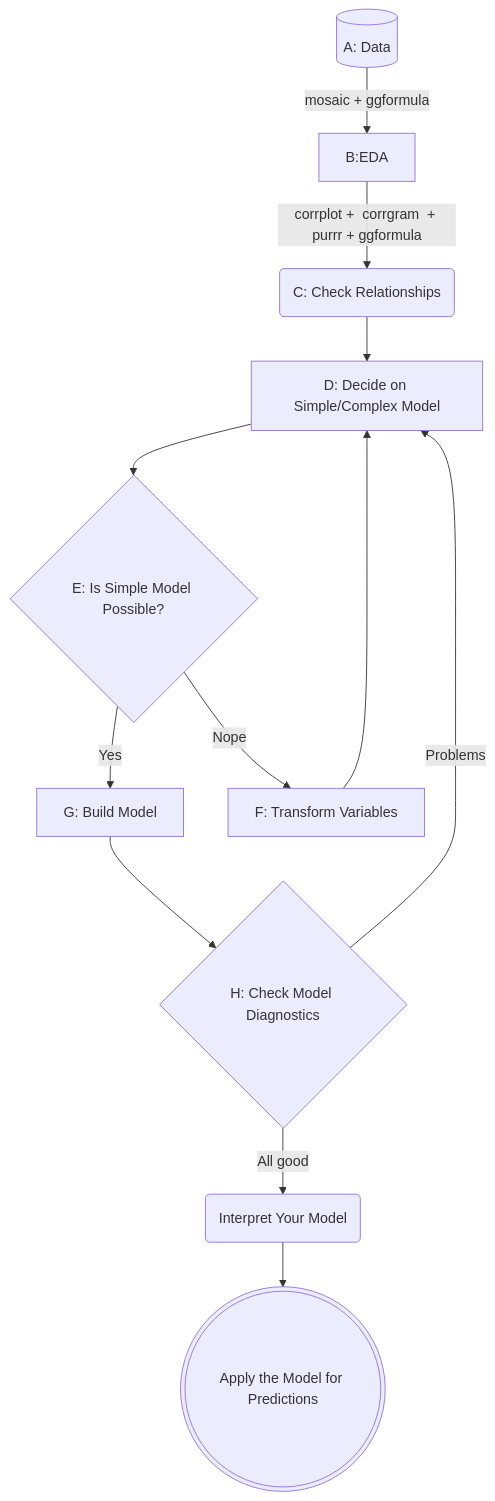
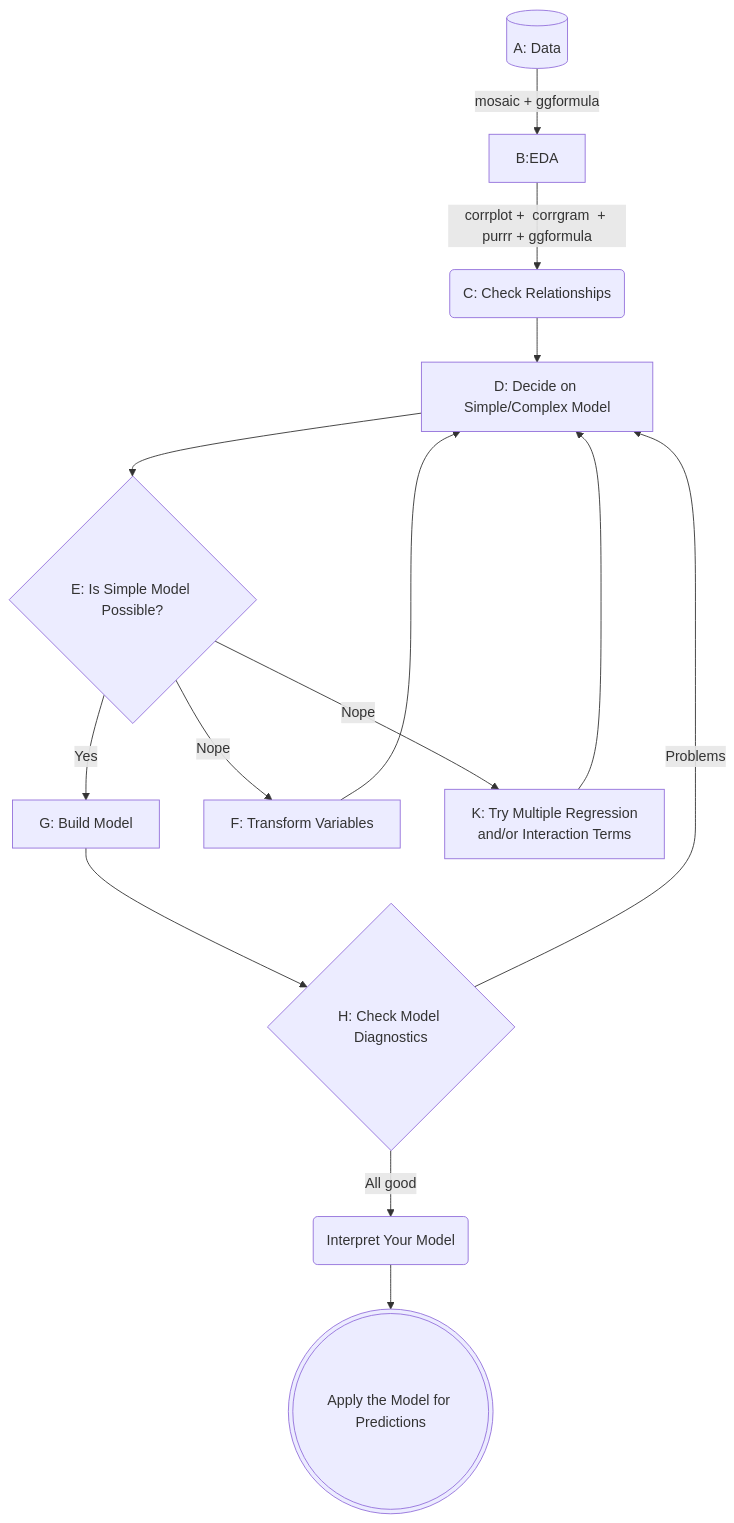
The diagram in content/courses/Analytics/Modelling/Modules/LinReg/LinReg.qmd (arvindvenkatadri/teachingtriz), drawn with Mermaid before and after one commit. The commit also changed other lines of this file and 1647 other files, not shown here.

````diff
--- a/content/courses/Analytics/Modelling/Modules/LinReg/LinReg.qmd
+++ b/content/courses/Analytics/Modelling/Modules/LinReg/LinReg.qmd
@@ -865,15 +878,17 @@
 ```{mermaid}
 %%| echo: false
 flowchart TD
     A[(A: Data)] -->|mosaic  +  ggformula|B[B:EDA] 
     B --> |corrplot +  corrgram  + purrr + ggformula| C(C: Check Relationships)
     C --> D[D: Decide on Simple/Complex Model]
     D --> E{E: Is Simple Model Possible?}
     E --> |Yes| G[G: Build Model]
     E -->|Nope| F[F: Transform Variables]
+    E -->|Nope| K[K: Try Multiple Regression <br> and/or Interaction Terms]
+    K --> D
     F --> D
     G --> H{H: Check Model Diagnostics}
     H --> |Problems| D
     H --> |All   good| I(Interpret Your Model)
     I --> J(((Apply the Model for Predictions)))
 ```
````
